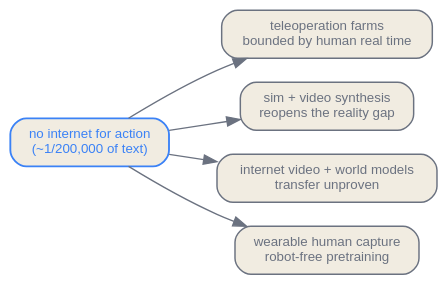
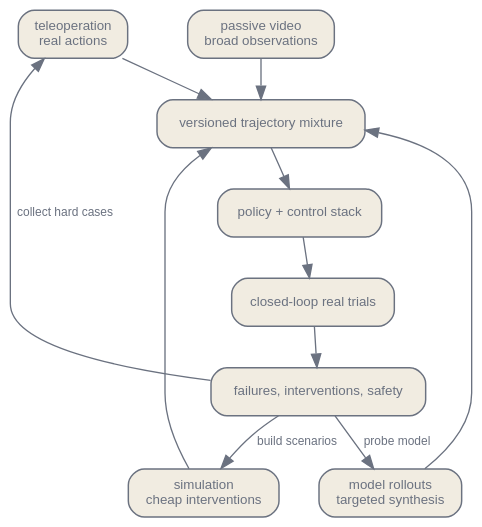
One commit to latere-ai/ai-as-an-infrastructure changed the second of 2 diagrams in en/generative/05-beyond-text.qmd. Above: the diagram before and after it, drawn with Graphviz. The commit also changed other lines of this file and 9 other files, not shown here.

Commit message:
Rewrite world models and embodiment chapter

````diff
--- a/en/generative/05-beyond-text.qmd
+++ b/en/generative/05-beyond-text.qmd
@@ -195,21 +367,27 @@
 ```{dot}
-//| label: fig-beyond-flywheel
-//| fig-cap: "Four rival strategies to manufacture the action-data flywheel that robotics never got for free. Each accepts the same bottleneck and bets on a different escape; each reopens a different downstream problem (the reality gap, the transfer question, human real time)."
-digraph flywheel {
-  rankdir=LR;
+//| label: fig-embodied-data-loop
+//| fig-cap: "An embodied data loop. Real trials anchor the loop. Teleoperation, simulation, passive video, and model rollouts contribute different signals, but only closed-loop evaluation reveals whether the resulting policy survives its own actions."
+digraph {
   bgcolor="transparent";
+  rankdir=TB;
+  nodesep=0.30; ranksep=0.42;
   node [shape=box, style="rounded,filled", fontname="Helvetica", fontsize=10, color="#6b7280", fontcolor="#6b7280", fillcolor="#f1ece1", penwidth=1.1];
-  edge [color="#6b7280"];
-
-  gap [label="no internet for action\n(~1/200,000 of text)", color="#3b82f6", fontcolor="#3b82f6", penwidth=1.4];
-  teleop [label="teleoperation farms\nbounded by human real time"];
-  sim    [label="sim + video synthesis\nreopens the reality gap"];
-  video  [label="internet video + world models\ntransfer unproven"];
-  wear   [label="wearable human capture\nrobot-free pretraining"];
-
-  gap -> teleop;
-  gap -> sim;
-  gap -> video;
-  gap -> wear;
+  edge [fontsize=9, fontname="Helvetica", color="#6b7280", fontcolor="#6b7280"];
+  teleop [label="teleoperation\nreal actions"];
+  simulation [label="simulation\ncheap interventions"];
+  video [label="passive video\nbroad observations"];
+  rollout [label="model rollouts\ntargeted synthesis"];
+  dataset [label="versioned trajectory mixture"];
+  policy [label="policy + control stack"];
+  trials [label="closed-loop real trials"];
+  audit [label="failures, interventions, safety"];
+  teleop -> dataset;
+  simulation -> dataset;
+  video -> dataset;
+  rollout -> dataset;
+  dataset -> policy -> trials -> audit;
+  audit -> teleop [label="collect hard cases"];
+  audit -> simulation [label="build scenarios"];
+  audit -> rollout [label="probe model"];
 }
 ```
````
